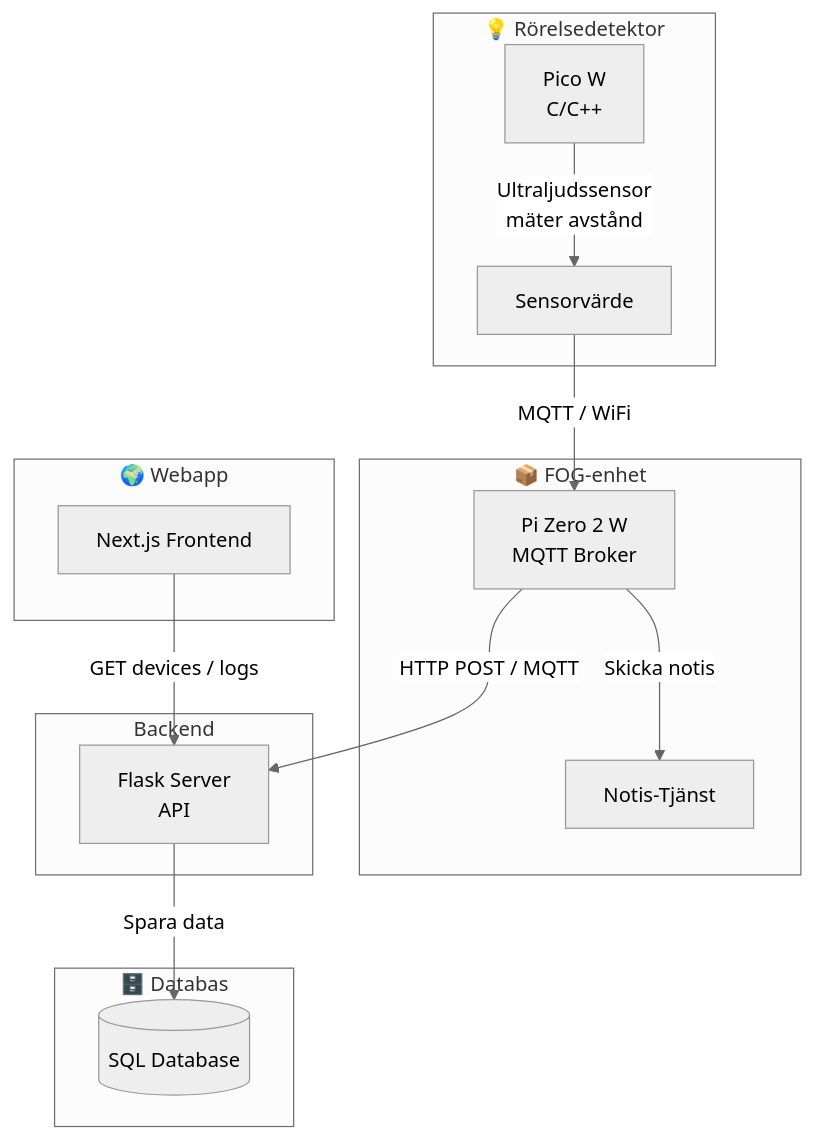
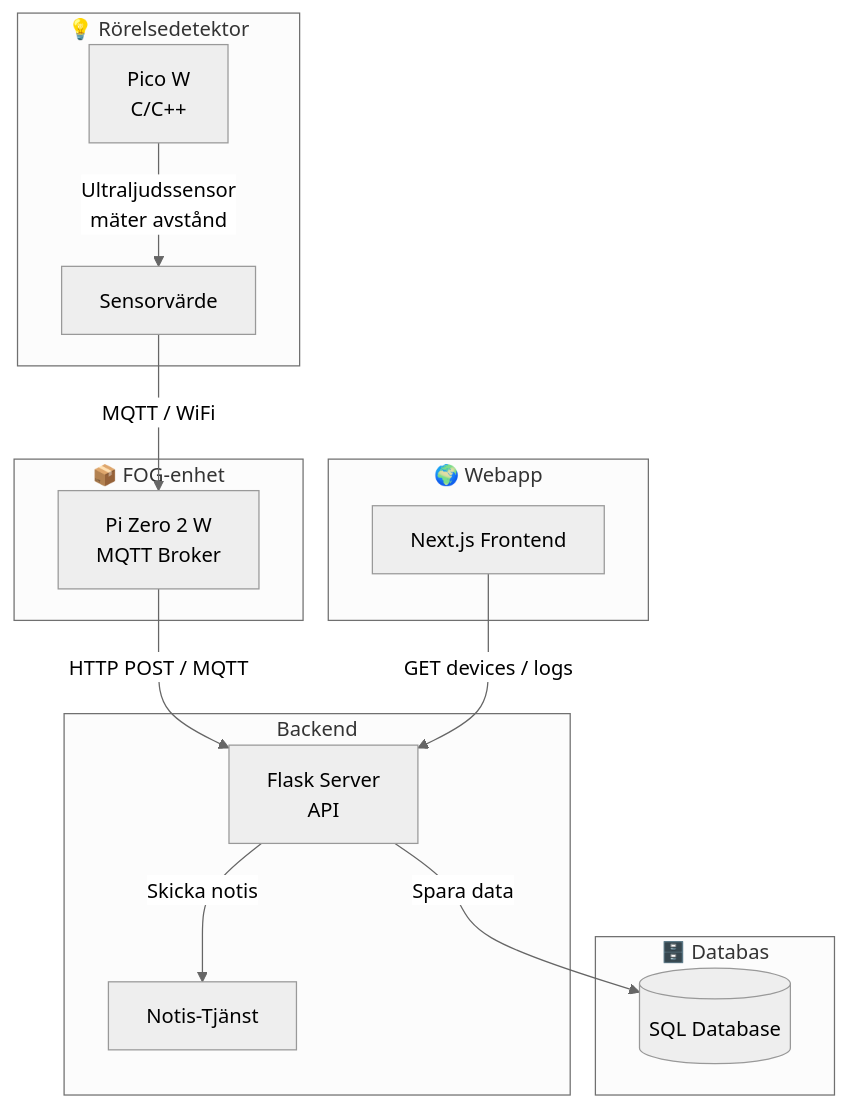
One commit to Brumse/Jensen-hemlarm-2.0 changed the diagram in README.md. Above: the diagram before and after it, drawn with Mermaid (neutral theme).

````diff
--- a/README.md
+++ b/README.md
@@ -11,28 +11,27 @@
 ```mermaid
 graph TD
     subgraph "💡 Rörelsedetektor"
         A[Pico W<br/>C/C++]
         A -->|Ultraljudssensor<br/>mäter avstånd| B[Sensorvärde]
     end
 
     subgraph "📦 FOG-enhet "
         C[Pi Zero 2 W <Br/> MQTT Broker]
         B -->|MQTT / WiFi| C
-        C -->|Skicka notis| G[Notis-Tjänst]
     end
     subgraph " Backend "
         D[Flask Server<Br/>API]
         C -->|HTTP POST / MQTT| D
-        
+        D -->|Skicka notis| G[Notis-Tjänst]
     end
 
     subgraph "🗄️ Databas"
         E[(SQL Database)]
         D -->|Spara data| E
     end
 
     subgraph "🌍 Webapp"
         F[Next.js Frontend]
         F -->|GET devices / logs| D
     end
 ```
````
